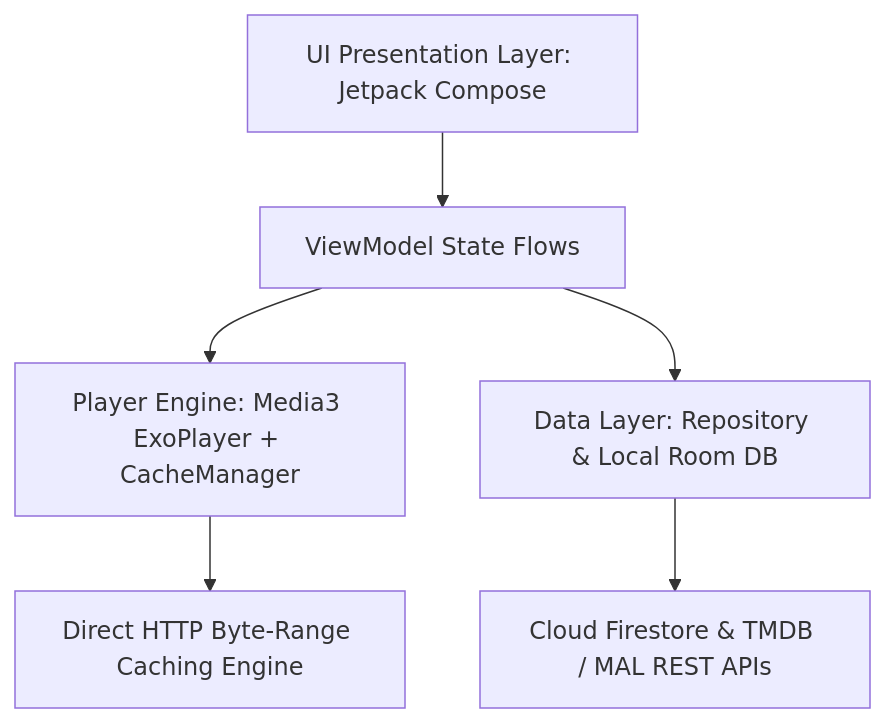
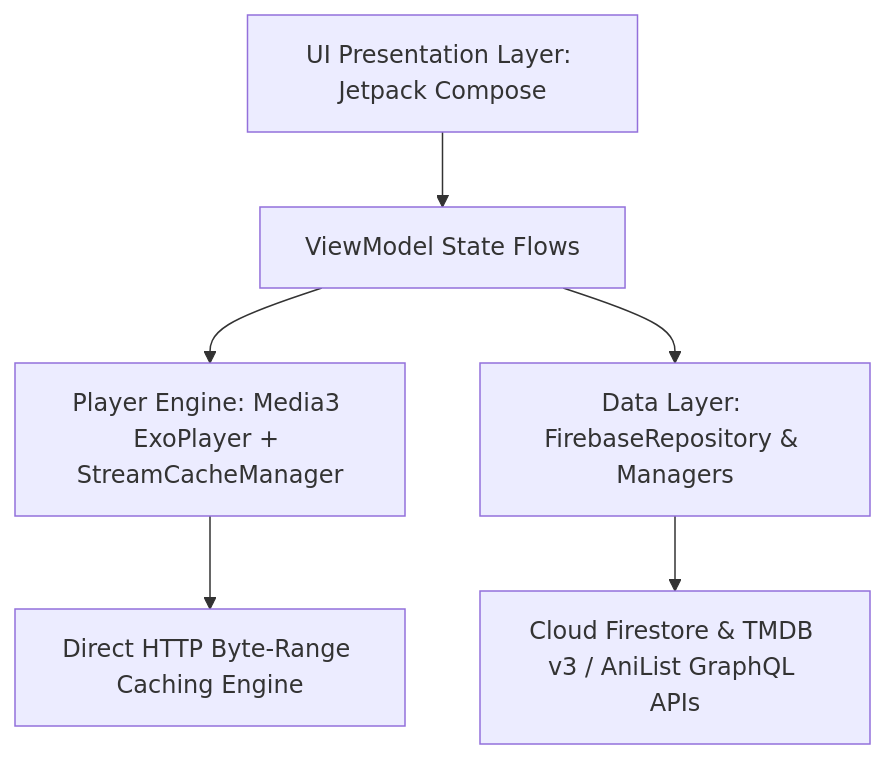
One commit to WorkerOfArea51/StreamHub changed the diagram in README.md. Above: the diagram before and after it, drawn with Mermaid. The commit also changed other lines of this file and 44 other files, not shown here.

Commit message:
feat: AniList GraphQL migration, Nuvio theme grid, XPlayer HUD, security hardening & deduplication (v4.8.397)

````diff
--- a/README.md
+++ b/README.md
@@ -50,8 +50,8 @@
 ```mermaid
 graph TD
     A[UI Presentation Layer: Jetpack Compose] --> B[ViewModel State Flows]
-    B --> C[Player Engine: Media3 ExoPlayer + CacheManager]
-    B --> D[Data Layer: Repository & Local Room DB]
-    D --> E[Cloud Firestore & TMDB / MAL REST APIs]
+    B --> C[Player Engine: Media3 ExoPlayer + StreamCacheManager]
+    B --> D[Data Layer: FirebaseRepository & Managers]
+    D --> E[Cloud Firestore & TMDB v3 / AniList GraphQL APIs]
     C --> F[Direct HTTP Byte-Range Caching Engine]
 ```
````
